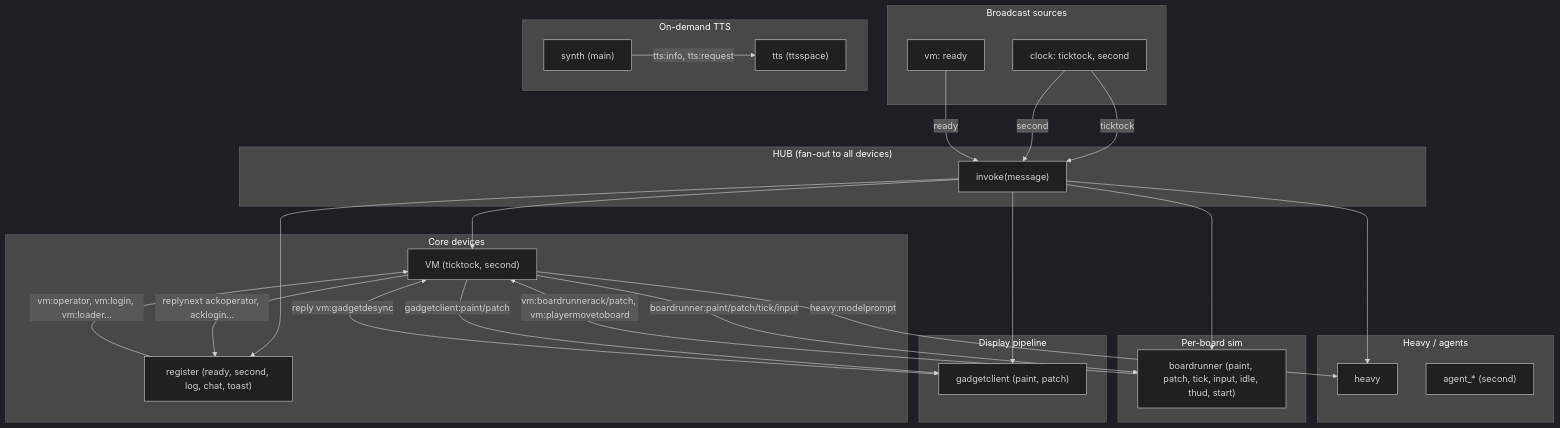
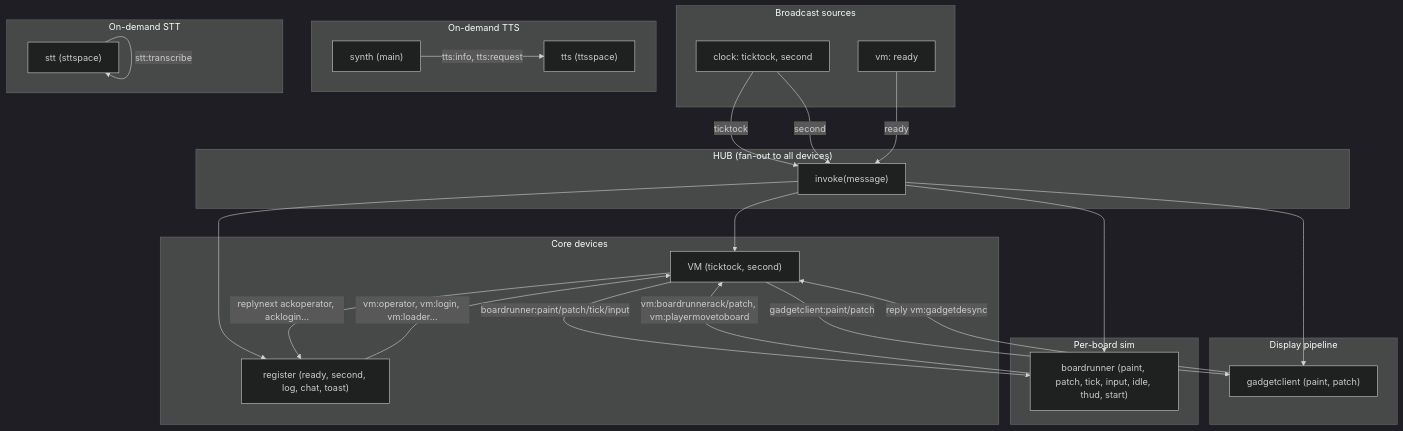
The diagram in zss/device/docs/message-flow.md (goldbuick/zed-software-system), drawn with Mermaid (dark theme) before and after one commit. The commit also changed other lines of this file and 21 other files, not shown here.

````diff
--- a/zss/device/docs/message-flow.md
+++ b/zss/device/docs/message-flow.md
@@ -9,55 +9,53 @@
 ```mermaid
 flowchart TB
     subgraph Hub["HUB (fan-out to all devices)"]
         invoke["invoke(message)"]
     end
 
     subgraph Broadcast["Broadcast sources"]
         Clock["clock: ticktock, second"]
         VM["vm: ready"]
     end
 
     subgraph Core["Core devices"]
         VM2["VM (ticktock, second)"]
         Register["register (ready, second, log, chat, toast)"]
     end
 
     subgraph Display["Display pipeline"]
         GadgetClient["gadgetclient (paint, patch)"]
     end
 
     subgraph Sim["Per-board sim"]
         BoardRunner["boardrunner (paint, patch, tick, input, idle, thud, start)"]
     end
 
-    subgraph Heavy["Heavy / agents"]
-        HeavyDev["heavy"]
-        Agent["agent_* (second)"]
-    end
-
     subgraph TTS["On-demand TTS"]
         Synth["synth (main)"]
         TTSDev["tts (ttsspace)"]
+    end
+
+    subgraph STT["On-demand STT"]
+        STTDev["stt (sttspace)"]
     end
 
     Clock -->|ticktock| invoke
     Clock -->|second| invoke
     VM -->|ready| invoke
 
     invoke --> VM2
     invoke --> Register
     invoke --> GadgetClient
     invoke --> BoardRunner
-    invoke --> HeavyDev
 
     Register -->|vm:operator, vm:login, vm:loader...| VM2
     VM2 -->|replynext ackoperator, acklogin...| Register
-    VM2 -->|heavy:modelprompt| HeavyDev
     Synth -->|tts:info, tts:request| TTSDev
+    STTDev -->|stt:transcribe| STTDev
 
     VM2 -->|gadgetclient:paint/patch| GadgetClient
     GadgetClient -->|reply vm:gadgetdesync| VM2
 
     VM2 -->|boardrunner:paint/patch/tick/input| BoardRunner
     BoardRunner -->|vm:boardrunnerack/patch, vm:playermovetoboard| VM2
 ```
````
